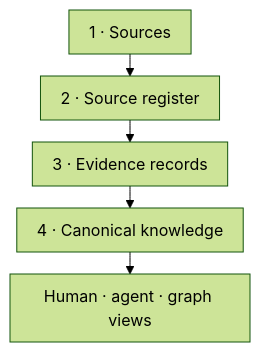
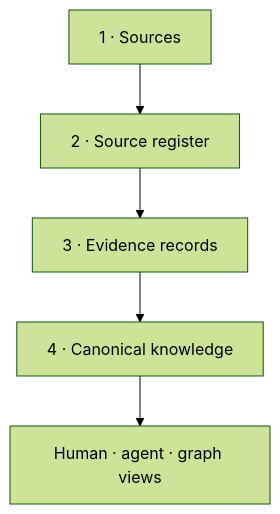
The diagram in docs/architecture.md (denchco/knowledge-base-wiki-standard), drawn with Mermaid (forest theme) before and after one commit. The commit also changed other lines of this file and 74 other files, not shown here.

````diff
--- a/docs/architecture.md
+++ b/docs/architecture.md
@@ -26,17 +26,12 @@
 ```mermaid
-%%{init: {"flowchart": {"nodeSpacing": 10, "rankSpacing": 22, "padding": 10}}}%%
 flowchart TB
   accTitle: Knowledge authority and derived surfaces
   accDescr: Sources are registered, assessed as evidence, maintained as canonical knowledge, and then presented through derived human, agent, and graph views.
 
   S["1 · Sources"]
   R["2 · Source register"]
   E["3 · Evidence records"]
   C["4 · Canonical knowledge"]
   W["Human · agent · graph views"]
   S --> R --> E --> C --> W
-  class S kb-source
-  class R,E kb-evidence
-  class C kb-canonical
-  class W kb-derived
 ```
````
